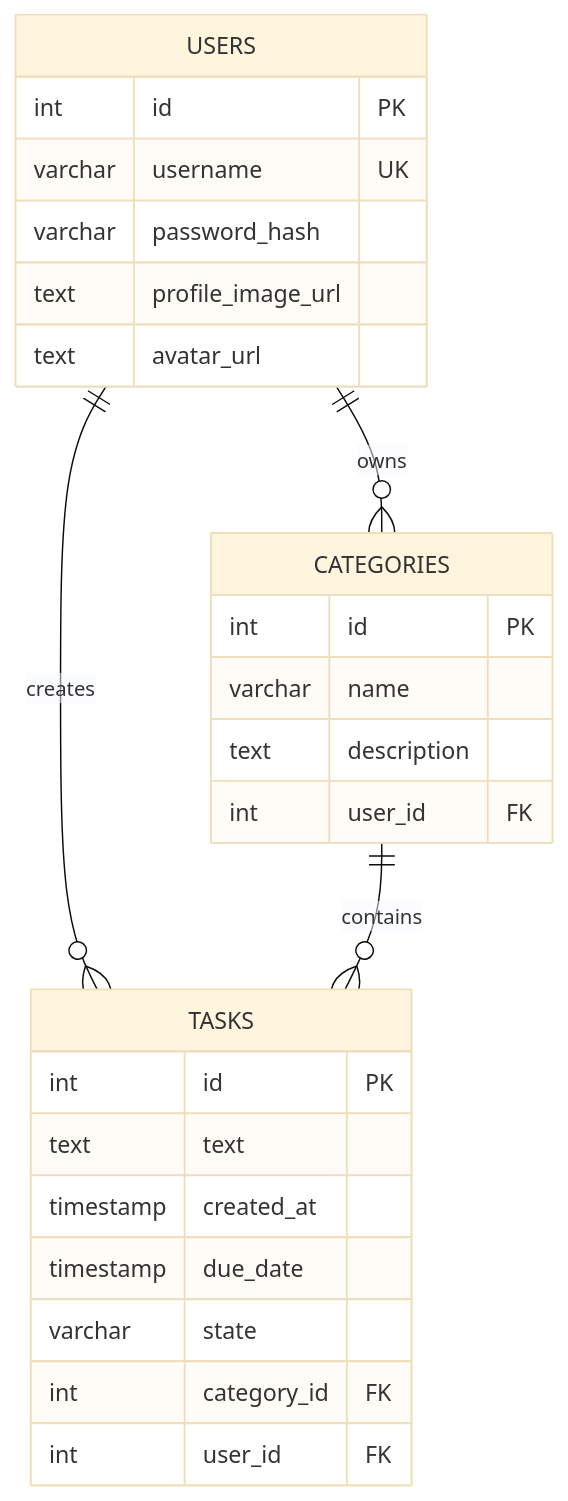
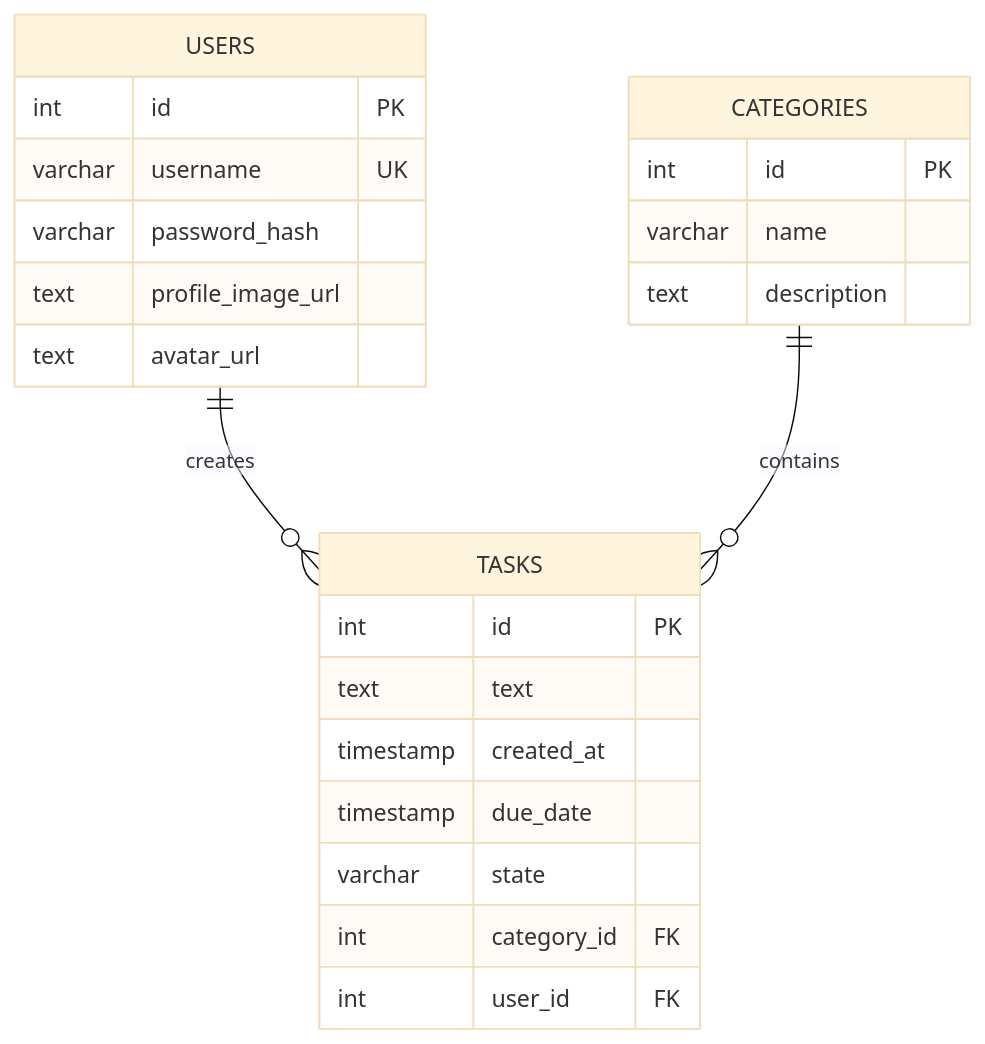
Before and after one commit to tatoand97/todolist: the third of 8 diagrams in README.md, drawn with Mermaid (base theme). The commit also changed other lines of this file and 2 other files, not shown here.

Commit message:
docs: clarify categories are global

````diff
--- a/README.md
+++ b/README.md
@@ -252,31 +252,29 @@
 ```mermaid
 erDiagram
     USERS {
         int id PK
         varchar username UK
         varchar password_hash
         text profile_image_url
         text avatar_url
     }
     
     CATEGORIES {
         int id PK
         varchar name
         text description
-        int user_id FK
     }
     
     TASKS {
         int id PK
         text text
         timestamp created_at
         timestamp due_date
         varchar state
         int category_id FK
         int user_id FK
     }
     
-    USERS ||--o{ CATEGORIES : "owns"
     USERS ||--o{ TASKS : "creates"
     CATEGORIES ||--o{ TASKS : "contains"
 ```
````
